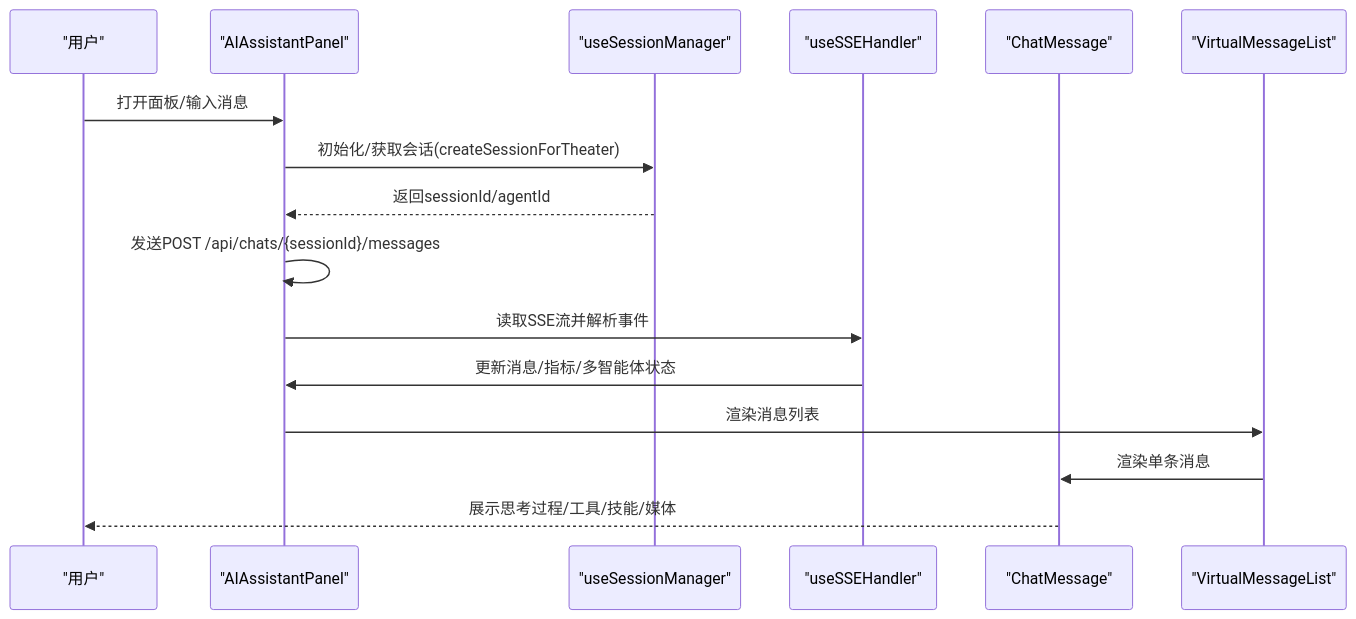
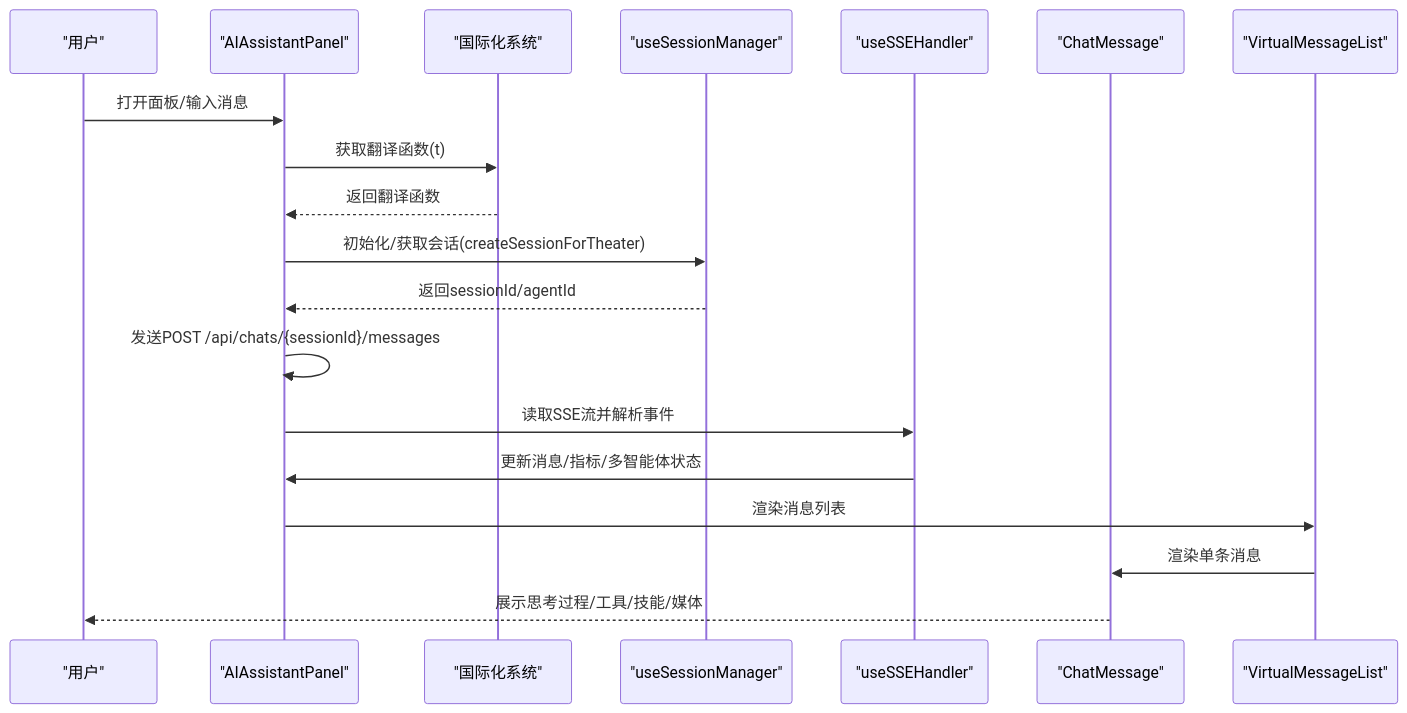
One commit to KunLabAI/KunFlix changed the second of 13 diagrams in .qoder/repowiki/zh/content/系统架构/前端架构/组件架构/AI助手组件.md. Above: the diagram before and after it, drawn with Mermaid. The commit also changed other lines of this file and 78 other files, not shown here.

````diff
--- a/.qoder/repowiki/zh/content/系统架构/前端架构/组件架构/AI助手组件.md
+++ b/.qoder/repowiki/zh/content/系统架构/前端架构/组件架构/AI助手组件.md
@@ -123,18 +159,21 @@
 ```mermaid
 sequenceDiagram
 participant U as "用户"
 participant P as "AIAssistantPanel"
+participant N as "国际化系统"
 participant S as "useSessionManager"
 participant SSE as "useSSEHandler"
 participant M as "ChatMessage"
 participant V as "VirtualMessageList"
 U->>P : 打开面板/输入消息
+P->>N : 获取翻译函数(t)
+N-->>P : 返回翻译函数
 P->>S : 初始化/获取会话(createSessionForTheater)
 S-->>P : 返回sessionId/agentId
 P->>P : 发送POST /api/chats/{sessionId}/messages
 P->>SSE : 读取SSE流并解析事件
 SSE->>P : 更新消息/指标/多智能体状态
 P->>V : 渲染消息列表
 V->>M : 渲染单条消息
 M-->>U : 展示思考过程/工具/技能/媒体
 ```
````
